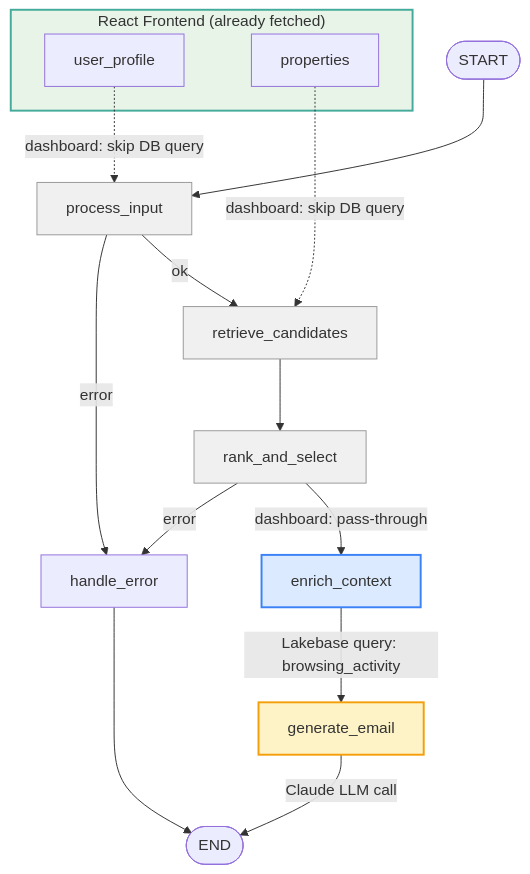
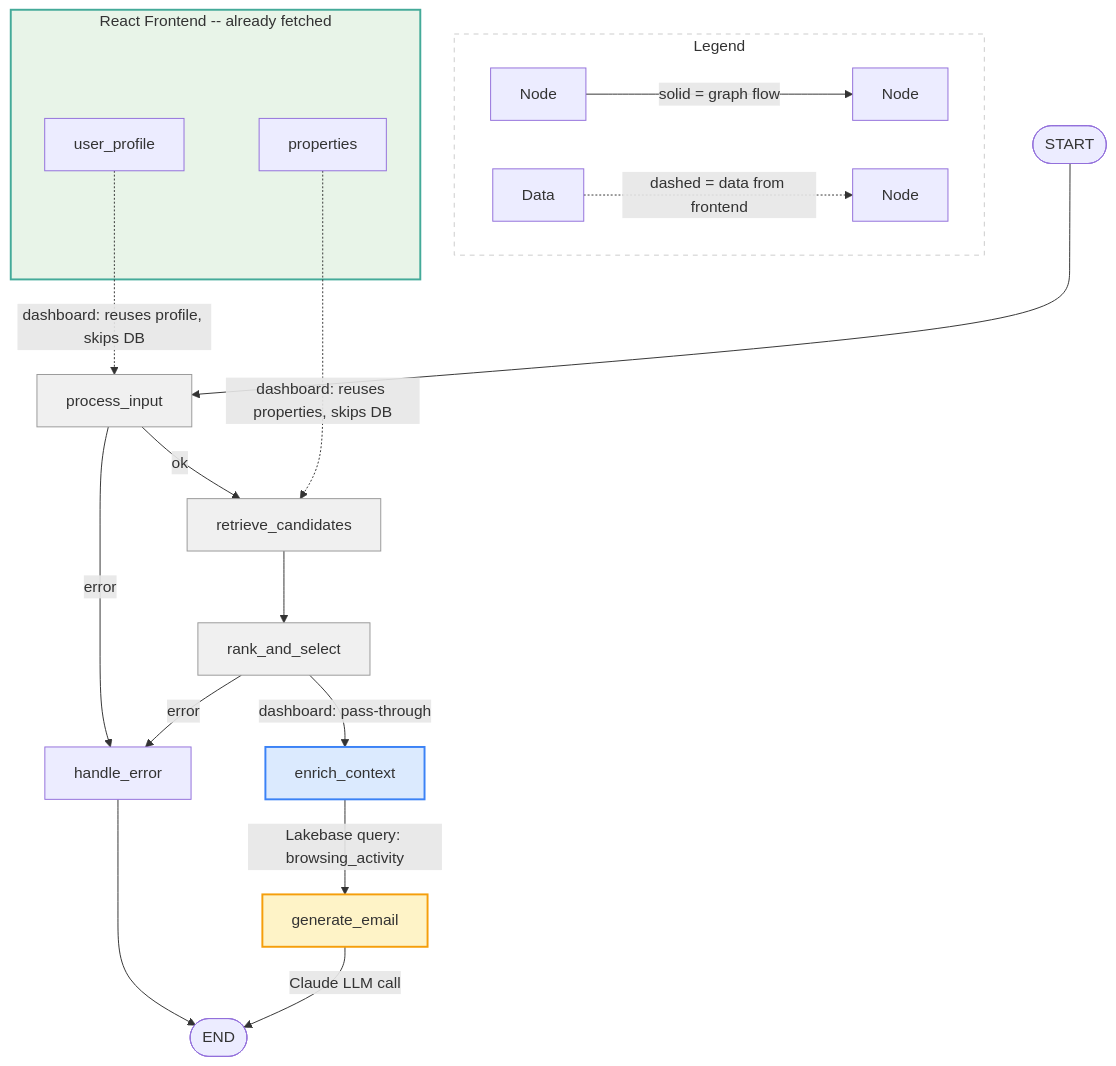
One commit to birbalin25/xome_first changed the diagram in CLAUDE.md. Above: the diagram before and after it, drawn with Mermaid.

Commit message:
Fix mermaid diagram: use visible dashed labels and add legend
Dashed arrow labels now use -.text.-> syntax for GitHub rendering.
Added a legend subgraph clarifying solid arrows (graph flow) vs
dashed arrows (data from frontend, no DB query).

````diff
--- a/CLAUDE.md
+++ b/CLAUDE.md
@@ -48,28 +48,36 @@
 ```mermaid
 graph TD
-    subgraph Frontend["React Frontend (already fetched)"]
-        FE_PROFILE["user_profile"]
-        FE_PROPS["properties"]
+    subgraph Legend
+        direction LR
+        L1[Node] -->|solid = graph flow| L2[Node]
+        L3[Data] -. dashed = data from frontend .-> L4[Node]
+    end
+
+    subgraph Frontend["React Frontend -- already fetched"]
+        FE_PROFILE[user_profile]
+        FE_PROPS[properties]
     end
 
     START([START]) --> process_input
-    FE_PROFILE -.->|"dashboard: skip DB query"| process_input
+
+    FE_PROFILE -. dashboard: reuses profile, skips DB .-> process_input
     process_input -->|error| handle_error
     process_input -->|ok| retrieve_candidates
 
-    FE_PROPS -.->|"dashboard: skip DB query"| retrieve_candidates
+    FE_PROPS -. dashboard: reuses properties, skips DB .-> retrieve_candidates
     retrieve_candidates --> rank_and_select
     rank_and_select -->|error| handle_error
-    rank_and_select -->|"dashboard: pass-through"| enrich_context
+    rank_and_select -->|dashboard: pass-through| enrich_context
 
-    enrich_context -->|"Lakebase query: browsing_activity"| generate_email
-    generate_email -->|"Claude LLM call"| END_NODE([END])
+    enrich_context -->|Lakebase query: browsing_activity| generate_email
+    generate_email -->|Claude LLM call| END_NODE([END])
     handle_error --> END_NODE
 
+    style Legend fill:#fff,stroke:#ccc,stroke-dasharray: 5 5
     style Frontend fill:#e8f4e8,stroke:#4a9,stroke-width:2px
     style process_input fill:#f0f0f0,stroke:#999
     style retrieve_candidates fill:#f0f0f0,stroke:#999
     style rank_and_select fill:#f0f0f0,stroke:#999
     style enrich_context fill:#dbeafe,stroke:#3b82f6,stroke-width:2px
     style generate_email fill:#fef3c7,stroke:#f59e0b,stroke-width:2px
 ```
````
